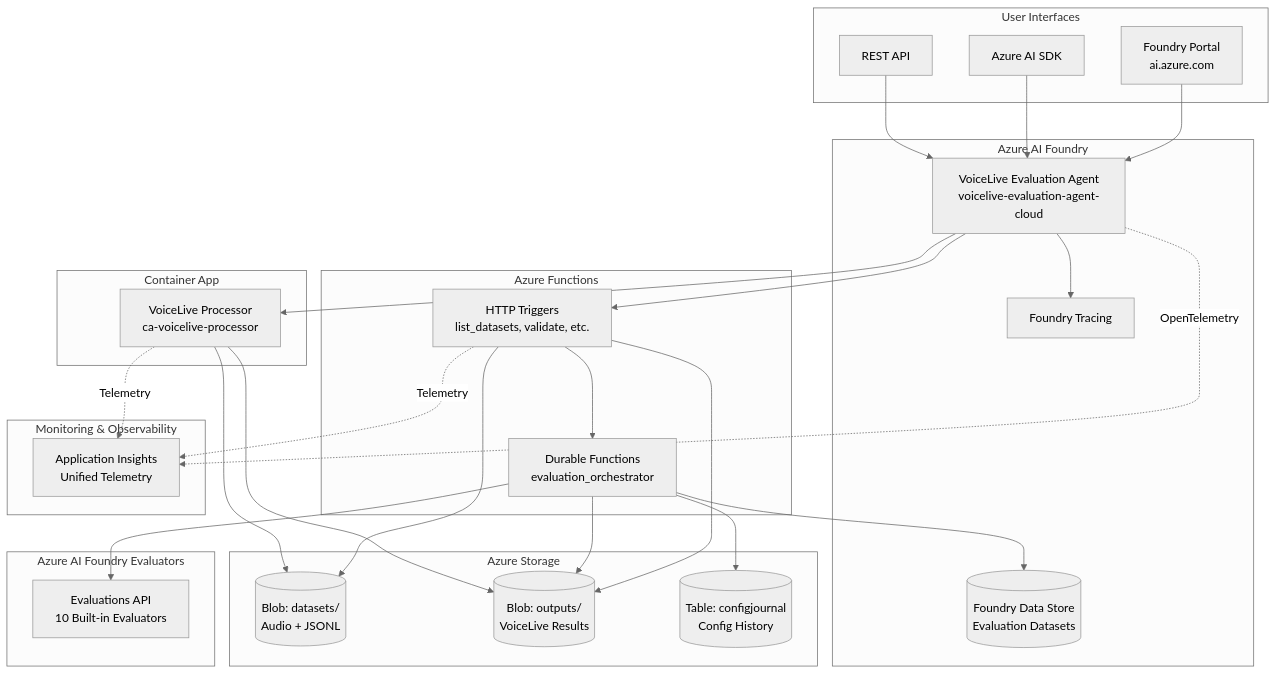
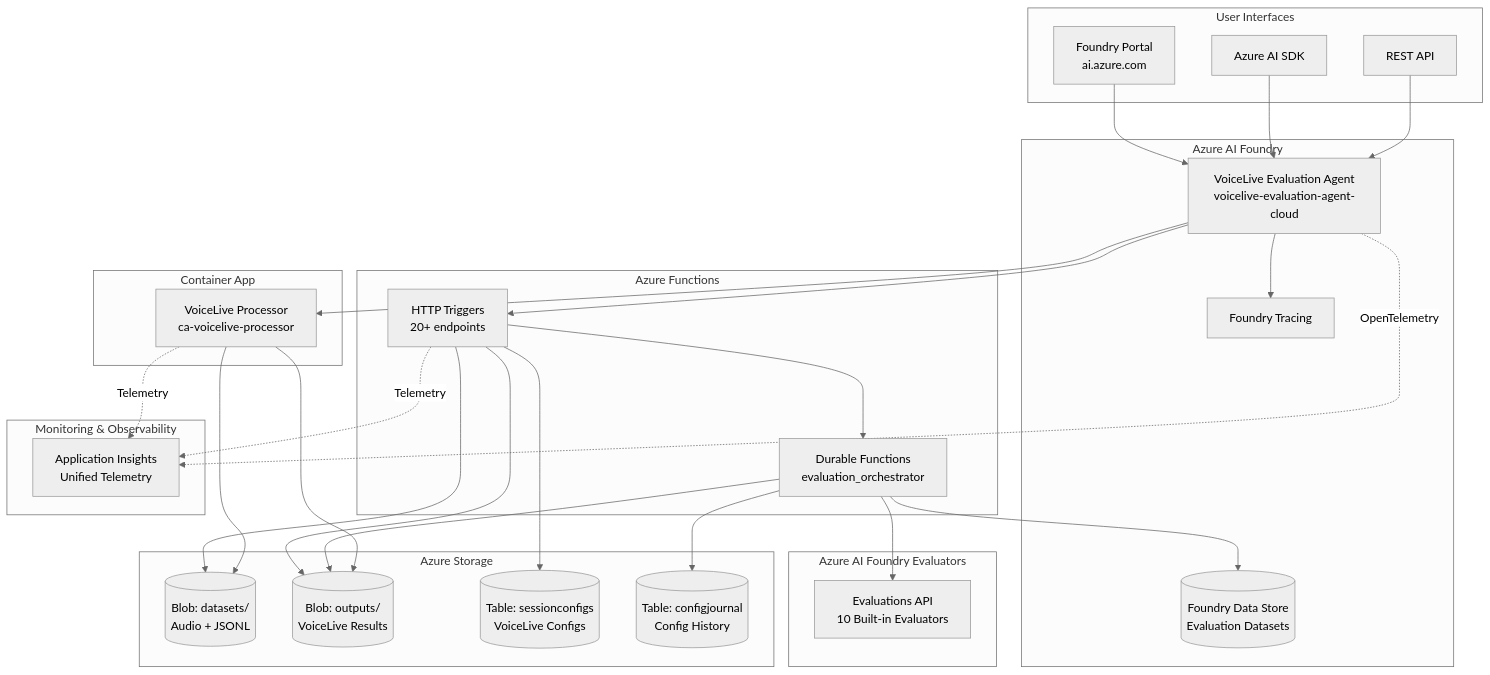
The first of 12 diagrams in evaluation_agent_v3/ARCHITECTURE.md (microsoft-foundry/voicelive-evaluation), drawn with Mermaid (neutral theme) before and after one commit. The commit also changed other lines of this file and 3 other files, not shown here.

````diff
--- a/evaluation_agent_v3/ARCHITECTURE.md
+++ b/evaluation_agent_v3/ARCHITECTURE.md
@@ -11,56 +11,58 @@
 ```mermaid
 graph TB
     subgraph "User Interfaces"
         FP[Foundry Portal<br/>ai.azure.com]
         SDK[Azure AI SDK]
         API[REST API]
     end
     
     subgraph "Azure AI Foundry"
         Agent[VoiceLive Evaluation Agent<br/>voicelive-evaluation-agent-cloud]
         Trace[Foundry Tracing]
         FDS[(Foundry Data Store<br/>Evaluation Datasets)]
     end
     
     subgraph "Azure Functions"
-        HTTP[HTTP Triggers<br/>list_datasets, validate, etc.]
+        HTTP[HTTP Triggers<br/>20+ endpoints]
         Durable[Durable Functions<br/>evaluation_orchestrator]
     end
     
     subgraph "Container App"
         VL[VoiceLive Processor<br/>ca-voicelive-processor]
     end
     
     subgraph "Azure Storage"
         DS[(Blob: datasets/<br/>Audio + JSONL)]
         OUT[(Blob: outputs/<br/>VoiceLive Results)]
-        TBL[(Table: configjournal<br/>Config History)]
+        TBL1[(Table: sessionconfigs<br/>VoiceLive Configs)]
+        TBL2[(Table: configjournal<br/>Config History)]
     end
     
     subgraph "Monitoring & Observability"
         AI[Application Insights<br/>Unified Telemetry]
     end
     
     subgraph "Azure AI Foundry Evaluators"
         EVAL[Evaluations API<br/>10 Built-in Evaluators]
     end
     
     FP --> Agent
     SDK --> Agent
     API --> Agent
     Agent --> HTTP
     Agent --> VL
     Agent --> Trace
     Agent -.->|OpenTelemetry| AI
     HTTP --> Durable
     HTTP --> DS
     HTTP --> OUT
+    HTTP --> TBL1
     HTTP -.->|Telemetry| AI
     Durable --> FDS
     Durable --> EVAL
     Durable --> OUT
-    Durable --> TBL
+    Durable --> TBL2
     VL --> DS
     VL --> OUT
     VL -.->|Telemetry| AI
 ```
````
